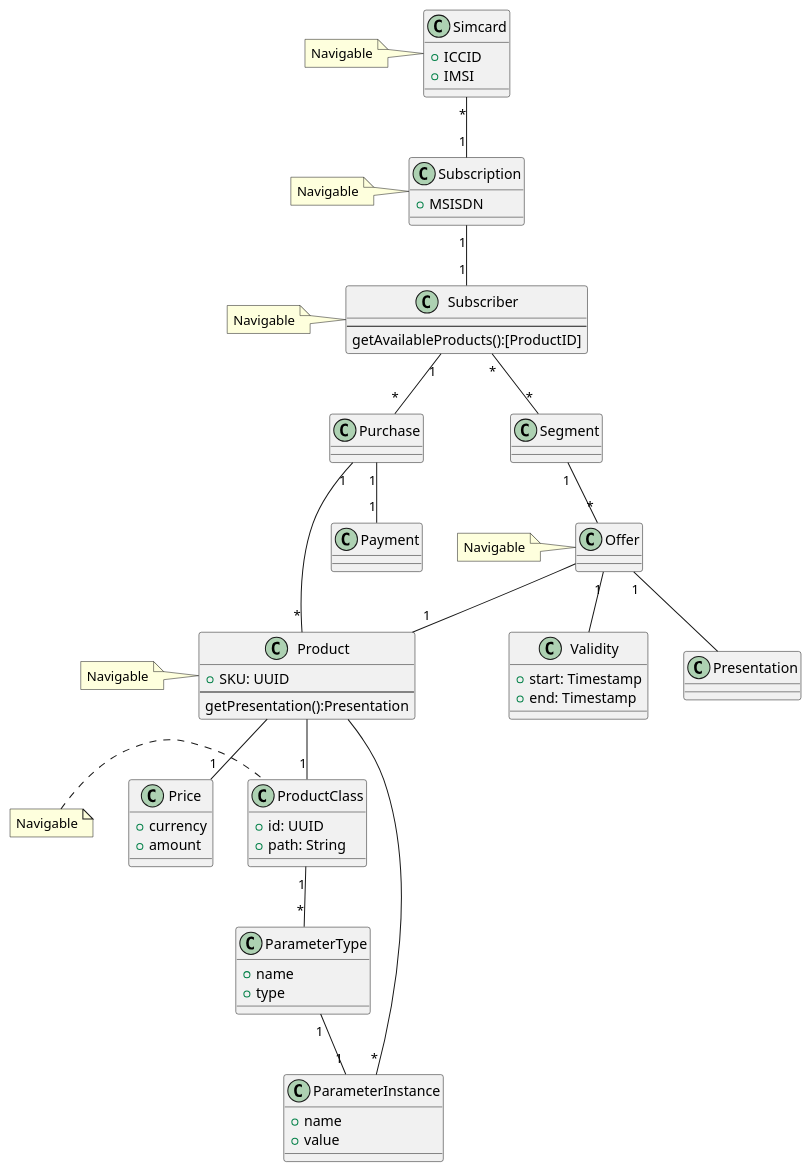
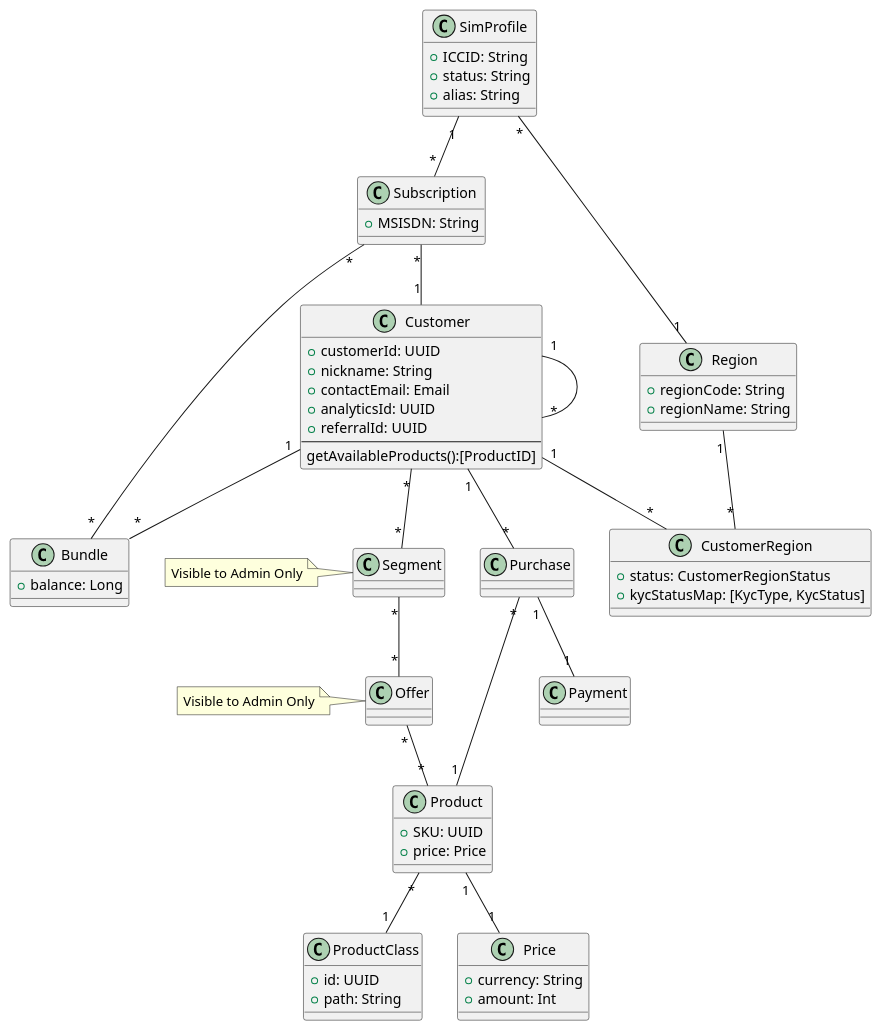
The diagram in docs/domain-model/classes.puml (ostelco/ostelco-core), drawn with PlantUML before and after one commit. The commit also changed 14 other files, not shown here.

Commit message:
Updated Glossary and platuml diagrams.  Replaced pngs with svgs.

```diff
--- a/docs/domain-model/classes.puml
+++ b/docs/domain-model/classes.puml
@@ -1,82 +1,77 @@
 @startuml
 
+class Region {
+  + regionCode: String
+  + regionName: String
+}
 
-class Simcard {
-  + ICCID
-  + IMSI
+class CustomerRegion {
+  + status: CustomerRegionStatus
+  + kycStatusMap: [KycType, KycStatus]
 }
-note left: Navigable
 
+class Customer {
+  + customerId: UUID
+  + nickname: String
+  + contactEmail: Email
+  + analyticsId: UUID
+  + referralId: UUID
+--
+  getAvailableProducts():[ProductID]
+}
+
+class Bundle {
+  + balance: Long
+}
+
+class SimProfile {
+  + ICCID: String
+  + status: String
+  + alias: String
+}
 
 class Subscription {
- + MSISDN
+ + MSISDN: String
 }
-note left: Navigable
 
+class Segment
+note left: Visible to Admin Only
+
+class Offer
+note left: Visible to Admin Only
 
 class ProductClass {
   + id: UUID
   + path: String
 }
-note left: Navigable
 
-class ParameterType {
-  + name
-  + type
+class Price {
+  + currency: String
+  + amount: Int
 }
 
-
-class ParameterInstance {
-  + name
-  + value
+class Product {
+  + SKU: UUID
+  + price: Price
 }
 
-class Price {
-+ currency
-+ amount
-}
+Customer "1" -- "*" Customer
+Customer "1" -- "*" CustomerRegion
+Region "1" -- "*" CustomerRegion
+Customer "1" -- "*" Bundle
+SimProfile "*" -- "1" Region
+SimProfile "1" -- "*" Subscription
+Subscription "*" -- "1" Customer
+Subscription "*" -- "*" Bundle
 
+Customer "*" -- "*" Segment
+Segment "*" -- "*" Offer
+Offer "*" -- "*" Product
+Product "1" -- "1" Price
+Product "*" -- "1" ProductClass
 
-class Product {
- + SKU: UUID
- --
- getPresentation():Presentation
-}
-note left: Navigable
+Purchase "*" -- "1" Product
+Customer "1" -- "*" Purchase
+Purchase "1"  -- "1" Payment
 
-class Validity {
- + start: Timestamp
- + end: Timestamp
-}
-
-class Subscriber {
---
-  getAvailableProducts():[ProductID]
-}
-note left: Navigable
-
-class Offer{
-}
-note left: Navigable
-
-
-
-
-
-
-Simcard "*" -- "1" Subscription
-Subscription "1" -- "1" Subscriber
-Subscriber "1" -- "*" Purchase
-Subscriber "*" -- "*" Segment
-Segment "1" -- "*" Offer
-Purchase "1" -- "*" Product
-Purchase "1"  -- "1" Payment
-Offer "1" -- Validity
-Offer "1" -- Presentation
-Offer -- "1" Product
-Product -- "1" Price
-Product -- "1" ProductClass
-ProductClass "1" -- "*" ParameterType
-Product -- "*" ParameterInstance
-ParameterType "1" -- "1" ParameterInstance
 @enduml
```
